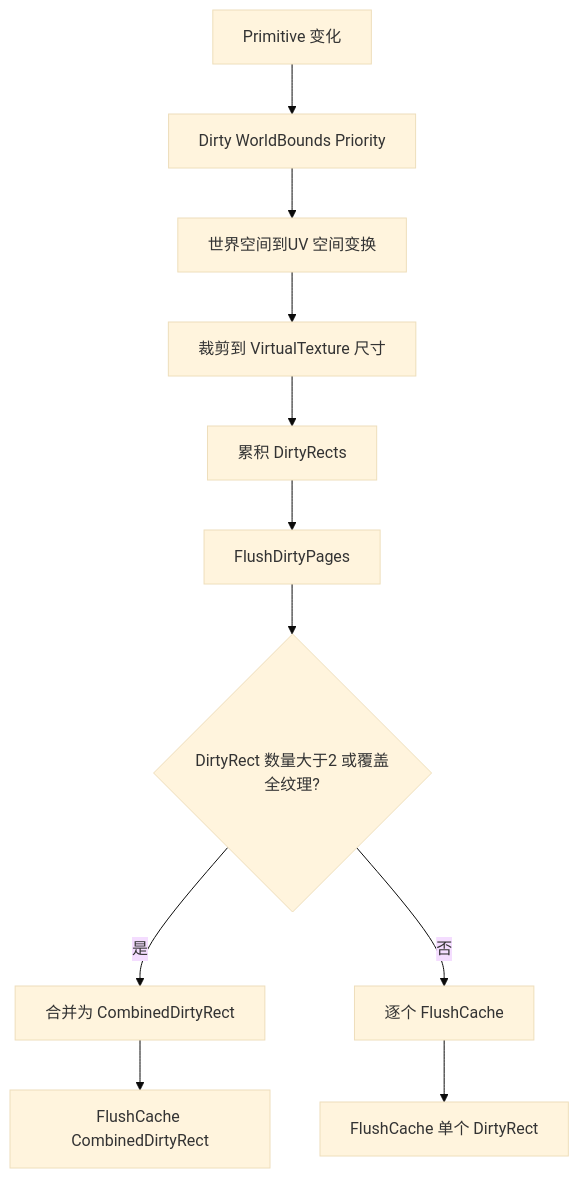
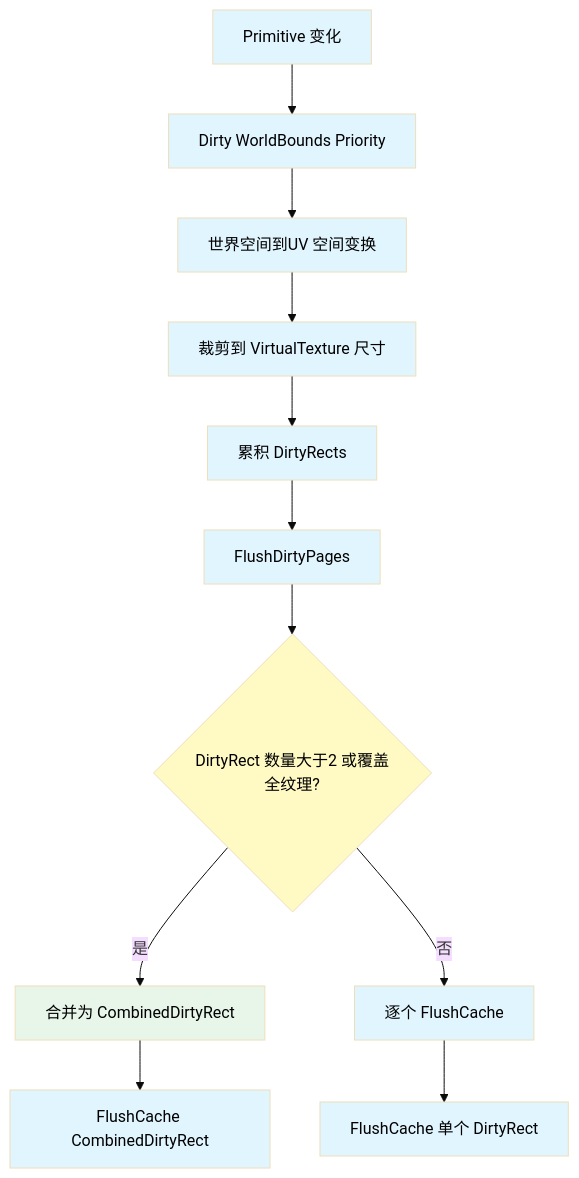
Before and after one commit to mr0ptimist/mroptimist.github.io: diagram 17 of 21 in content/posts/UE5_Virtual_Texture_与_Runtime_Virtual_Texture_源码级全流程解析.md, drawn with Mermaid (base theme). The commit also changed other lines of this file and 2 other files, not shown here.

First line of the commit message:
Mermaid 图表 Dark Reader 兼容：所有 flowchart 加 classDef 配色 + 文字强制黑色

````diff
--- a/content/posts/UE5_Virtual_Texture_与_Runtime_Virtual_Texture_源码级全流程解析.md
+++ b/content/posts/UE5_Virtual_Texture_与_Runtime_Virtual_Texture_源码级全流程解析.md
@@ -786,13 +900,20 @@
 ```mermaid
 flowchart TD
     A["Primitive 变化"] --> B["Dirty WorldBounds Priority"]
     B --> C["世界空间到UV 空间变换"]
     C --> D["裁剪到 VirtualTexture 尺寸"]
     D --> E["累积 DirtyRects"]
     E --> F["FlushDirtyPages"]
     F --> G{"DirtyRect 数量大于2 或覆盖全纹理?"}
     G -->|是| H["合并为 CombinedDirtyRect"]
     G -->|否| I["逐个 FlushCache"]
     H --> J["FlushCache CombinedDirtyRect"]
     I --> K["FlushCache 单个 DirtyRect"]
+
+    classDef proc fill:#e1f5fe,color:#000
+    classDef dec fill:#fff9c4,color:#000
+    classDef ok fill:#e8f5e9,color:#000
+    class A,B,C,D,E,F,I,J,K proc
+    class G dec
+    class H ok
 ```
````
